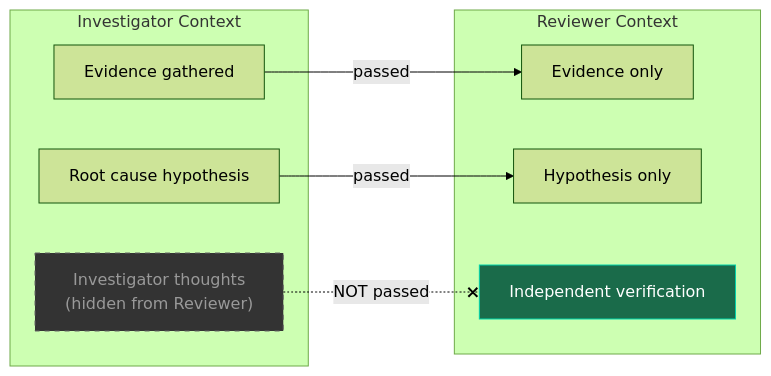
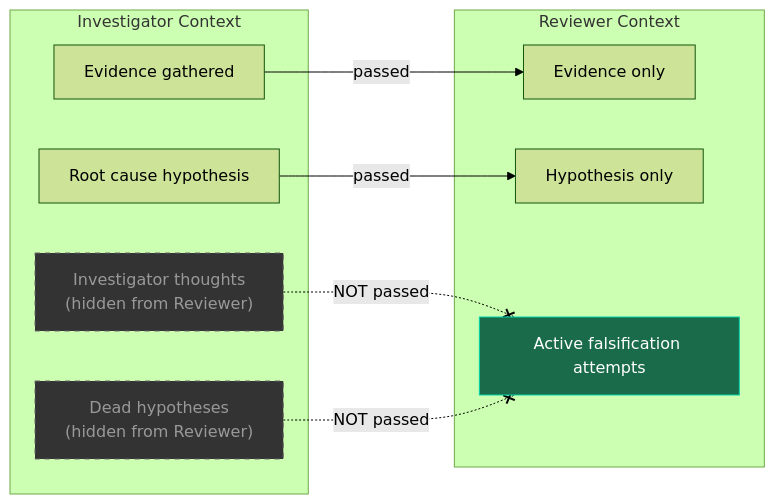
The third of 3 diagrams in docs/agents/reviewer.md (telemetryflow/telemetryflow-hermes), drawn with Mermaid (forest theme) before and after one commit. The commit also changed other lines of this file and 63 other files, not shown here.

````diff
--- a/docs/agents/reviewer.md
+++ b/docs/agents/reviewer.md
@@ -87,21 +96,24 @@
 ```mermaid
 graph LR
     subgraph "Investigator Context"
         I_THOUGHTS["Investigator thoughts<br/>(hidden from Reviewer)"]
         I_EVIDENCE["Evidence gathered"]
         I_HYPOTHESIS["Root cause hypothesis"]
+        I_DEAD["Dead hypotheses<br/>(hidden from Reviewer)"]
     end
 
     subgraph "Reviewer Context"
         R_EVIDENCE["Evidence only"]
         R_HYPOTHESIS["Hypothesis only"]
-        R_INDEPENDENT["Independent verification"]
+        R_FALSIFY["Active falsification attempts"]
     end
 
     I_EVIDENCE -->|"passed"| R_EVIDENCE
     I_HYPOTHESIS -->|"passed"| R_HYPOTHESIS
-    I_THOUGHTS -.-x|"NOT passed"| R_INDEPENDENT
+    I_THOUGHTS -.-x|"NOT passed"| R_FALSIFY
+    I_DEAD -.-x|"NOT passed"| R_FALSIFY
 
     style I_THOUGHTS fill:#333,stroke:#666,color:#999,stroke-dasharray: 5 5
-    style R_INDEPENDENT fill:#1a6b4a,stroke:#00d4aa,color:#fff
+    style I_DEAD fill:#333,stroke:#666,color:#999,stroke-dasharray: 5 5
+    style R_FALSIFY fill:#1a6b4a,stroke:#00d4aa,color:#fff
 ```
````
